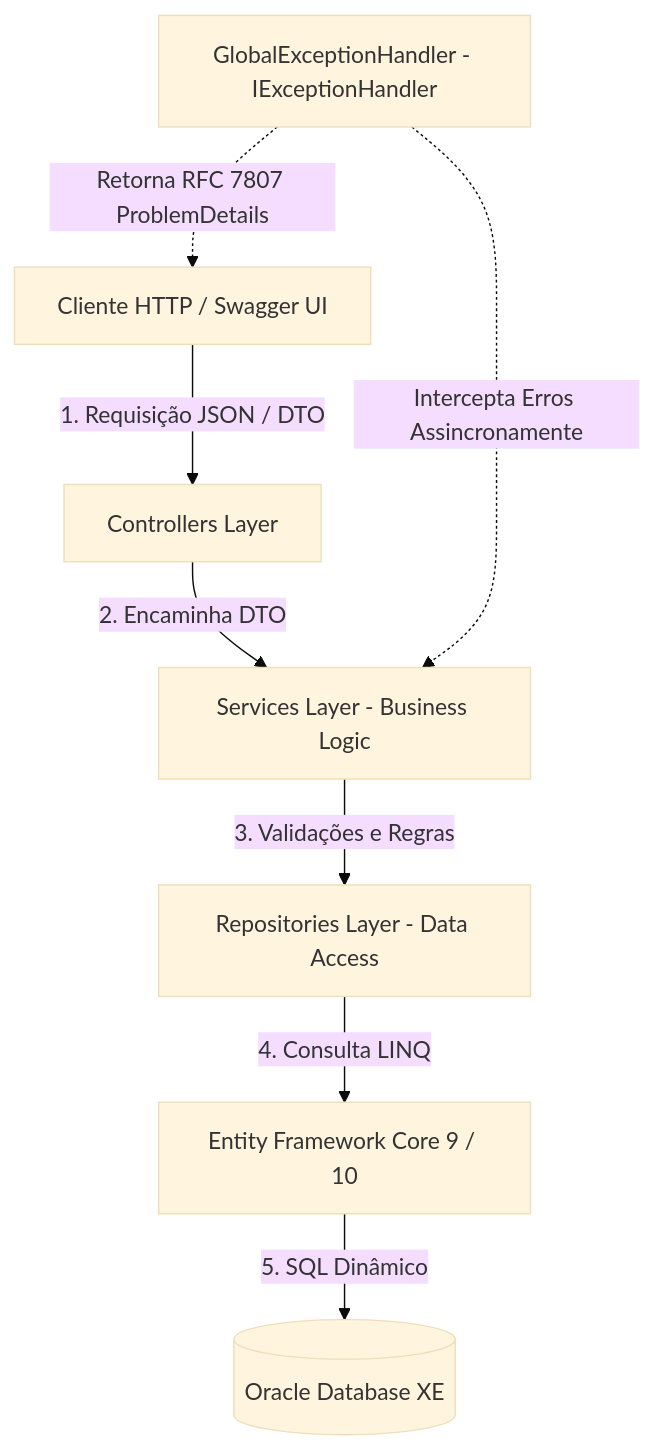
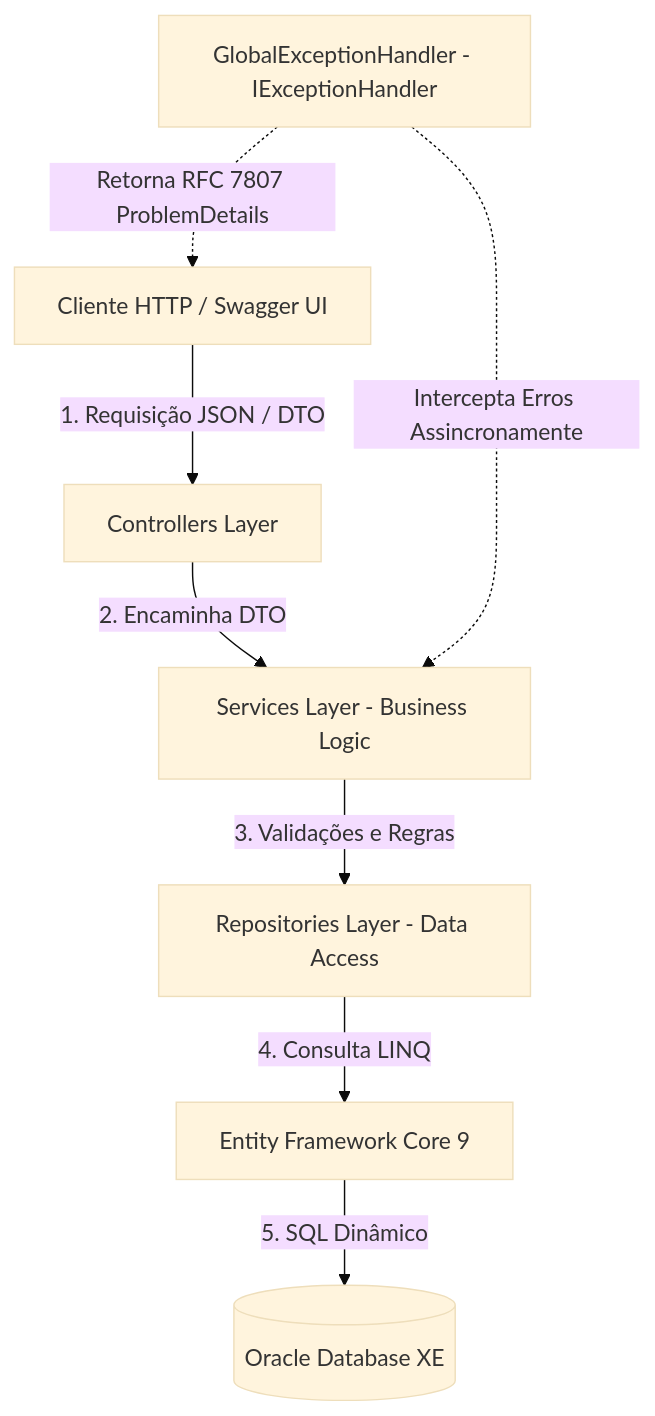
Before and after one commit to gabriel-g-dev/ClyvoVetApi: the diagram in README.md, drawn with Mermaid (base theme). The commit also changed other lines of this file, not shown here.

````diff
--- a/README.md
+++ b/README.md
@@ -29,12 +29,12 @@
 ```mermaid
 graph TD
     Client[Cliente HTTP / Swagger UI] -->|1. Requisição JSON / DTO| Controller[Controllers Layer]
     Controller -->|2. Encaminha DTO| Service[Services Layer - Business Logic]
     Service -->|3. Validações e Regras| Repositories[Repositories Layer - Data Access]
-    Repositories -->|4. Consulta LINQ| EF[Entity Framework Core 9 / 10]
+    Repositories -->|4. Consulta LINQ| EF[Entity Framework Core 9]
     EF -->|5. SQL Dinâmico| DB[(Oracle Database XE)]
     
     %% Interceptação de Erros
     ErrorInterceptor[GlobalExceptionHandler - IExceptionHandler] -.->|Intercepta Erros Assincronamente| Service
     ErrorInterceptor -.->|Retorna RFC 7807 ProblemDetails| Client
 ```
````
